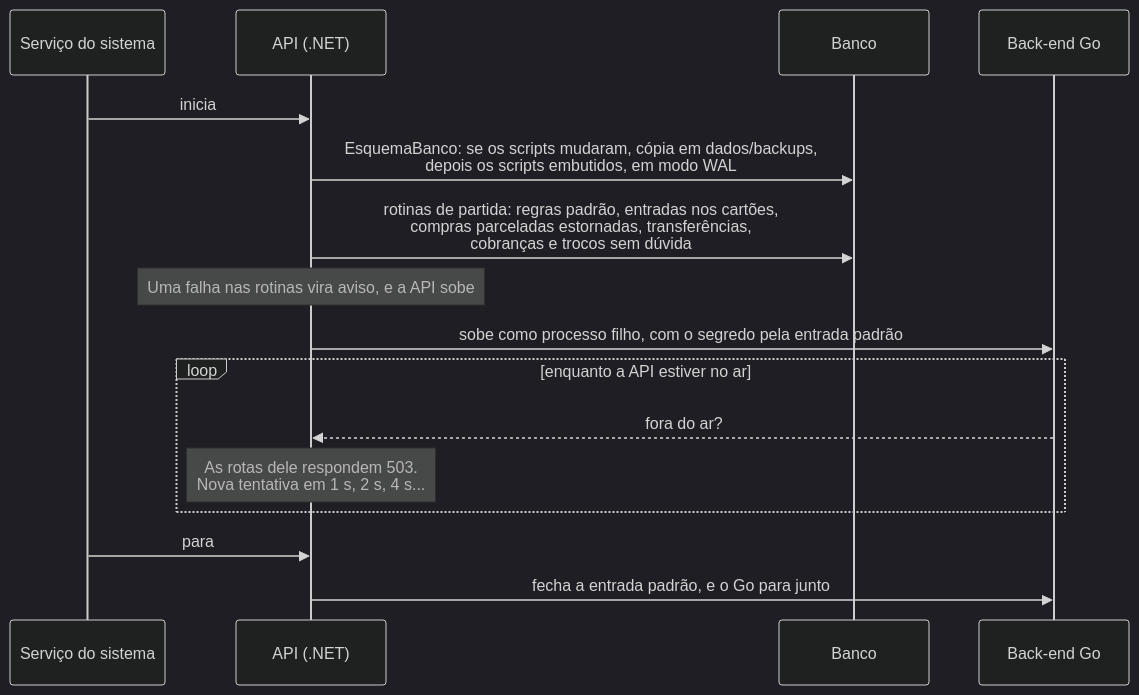
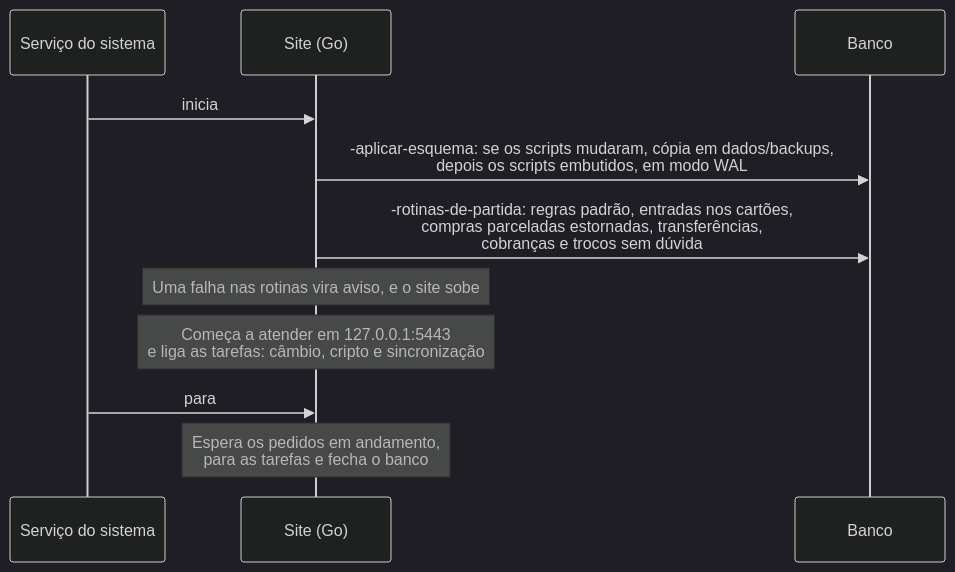
Before and after one commit to LucasDesenvGit/financas-local: the second of 4 diagrams in docs/arquitetura/fluxos.md, drawn with Mermaid (dark theme). The commit also changed other lines of this file and 28 other files, not shown here.

First line of the commit message:
docs: a documentação sem o .NET (#86, parte 6)

````diff
--- a/docs/arquitetura/fluxos.md
+++ b/docs/arquitetura/fluxos.md
@@ -82,19 +56,14 @@
 ```mermaid
 sequenceDiagram
     participant Svc as Serviço do sistema
-    participant API as API (.NET)
+    participant API as Site (Go)
     participant BD as Banco
-    participant Go as Back-end Go
 
     Svc->>API: inicia
-    API->>BD: EsquemaBanco: se os scripts mudaram, cópia em dados/backups,<br/>depois os scripts embutidos, em modo WAL
-    API->>BD: rotinas de partida: regras padrão, entradas nos cartões,<br/>compras parceladas estornadas, transferências,<br/>cobranças e trocos sem dúvida
-    Note over API: Uma falha nas rotinas vira aviso, e a API sobe
-    API->>Go: sobe como processo filho, com o segredo pela entrada padrão
-    loop enquanto a API estiver no ar
-        Go-->>API: fora do ar?
-        Note over API: As rotas dele respondem 503.<br/>Nova tentativa em 1 s, 2 s, 4 s...
-    end
+    API->>BD: -aplicar-esquema: se os scripts mudaram, cópia em dados/backups,<br/>depois os scripts embutidos, em modo WAL
+    API->>BD: -rotinas-de-partida: regras padrão, entradas nos cartões,<br/>compras parceladas estornadas, transferências,<br/>cobranças e trocos sem dúvida
+    Note over API: Uma falha nas rotinas vira aviso, e o site sobe
+    Note over API: Começa a atender em 127.0.0.1:5443<br/>e liga as tarefas: câmbio, cripto e sincronização
     Svc->>API: para
-    API->>Go: fecha a entrada padrão, e o Go para junto
+    Note over API: Espera os pedidos em andamento,<br/>para as tarefas e fecha o banco
 ```
````
